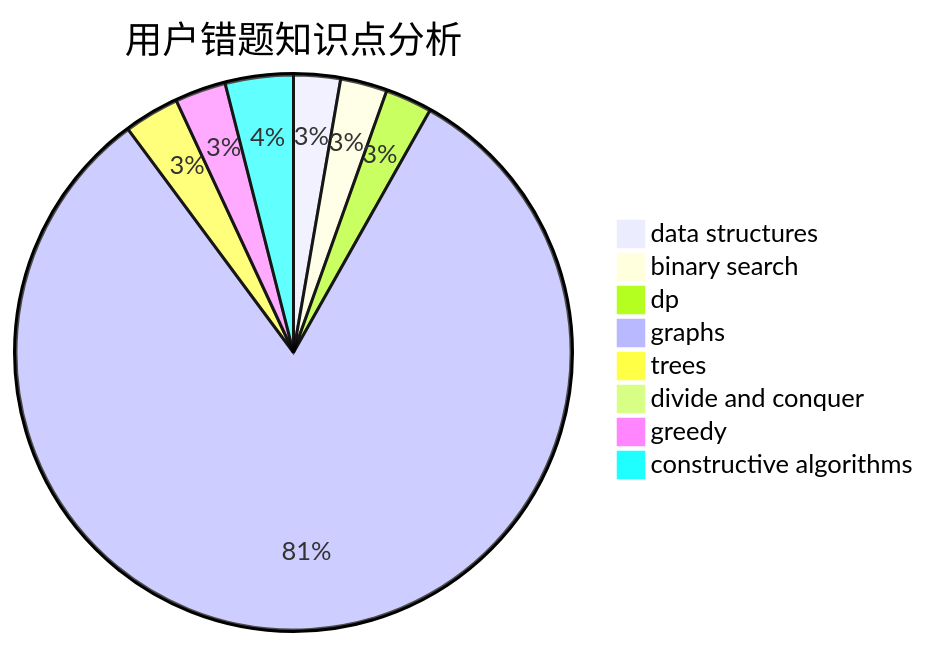
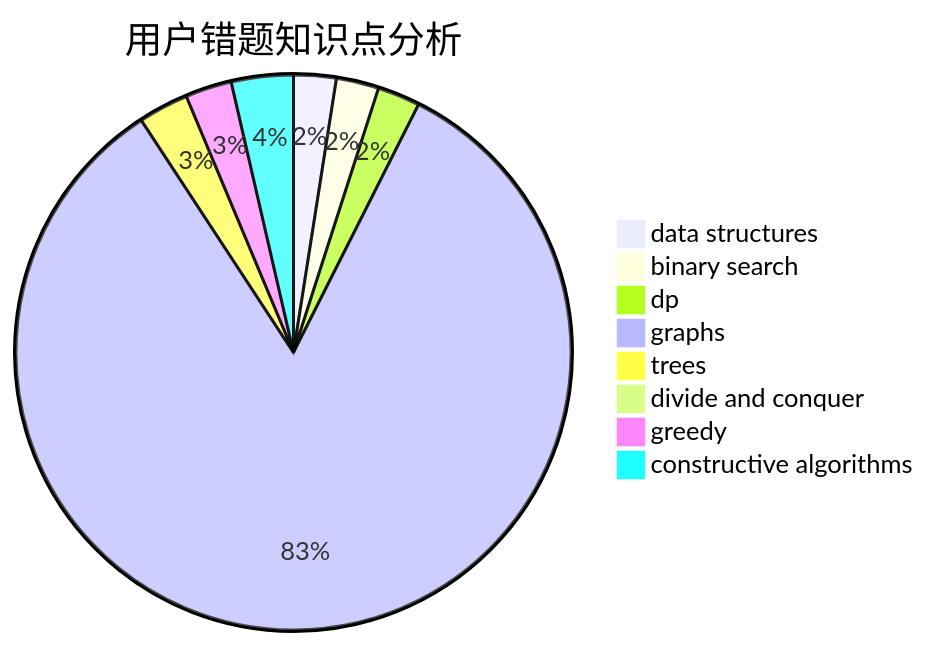
Before and after one commit to sherpahu/cfrs.github.io: the third of 3 diagrams in docs/user/u1477.md, drawn with Mermaid. The commit also changed other lines of this file and 2770 other files, not shown here.

````diff
--- a/docs/user/u1477.md
+++ b/docs/user/u1477.md
@@ -36,11 +36,11 @@
 ```mermaid
 pie title 用户错题知识点分析
     "data structures" :  11
     "binary search" :  11
     "dp" :  11
-    "graphs" :  330
+    "graphs" :  370
     "trees" :  13
     "divide and conquer" :  3
     "greedy" :  12
     "constructive algorithms" :  16
 ```
````
